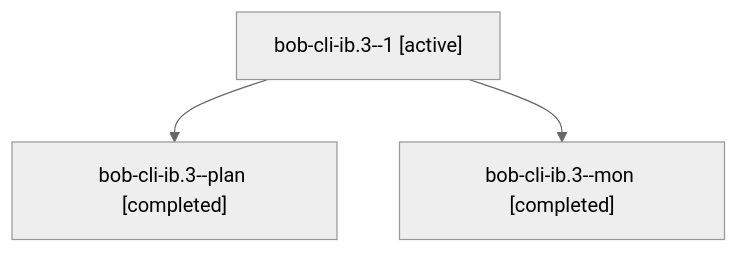
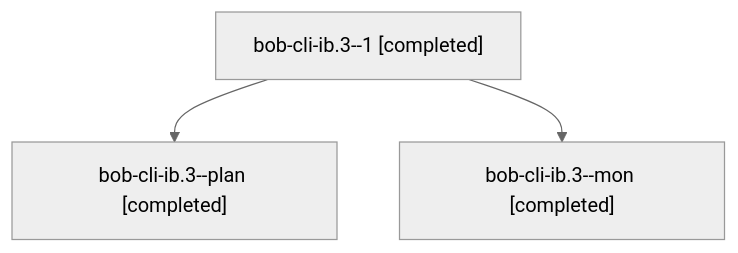
Before and after one commit to bobs-org/bob-cli--agents: the diagram in sessions/bbugyi200.athena.bob-cli-ib.3.md, drawn with Mermaid (neutral theme). The commit also changed other lines of this file and 39 other files, not shown here.

````diff
--- a/sessions/bbugyi200.athena.bob-cli-ib.3.md
+++ b/sessions/bbugyi200.athena.bob-cli-ib.3.md
@@ -9,8 +9,8 @@
 ```mermaid
 flowchart TD
-  n0["bob-cli-ib.3--1 [active]"]
+  n0["bob-cli-ib.3--1 [completed]"]
   n1["bob-cli-ib.3--plan [completed]"]
   n0 --> n1
   n2["bob-cli-ib.3--mon [completed]"]
   n0 --> n2
 ```
````
